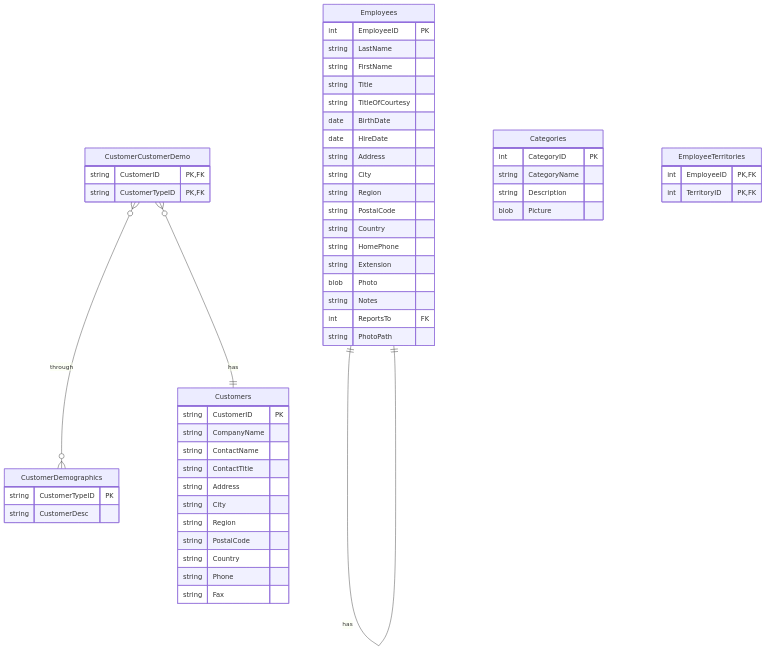
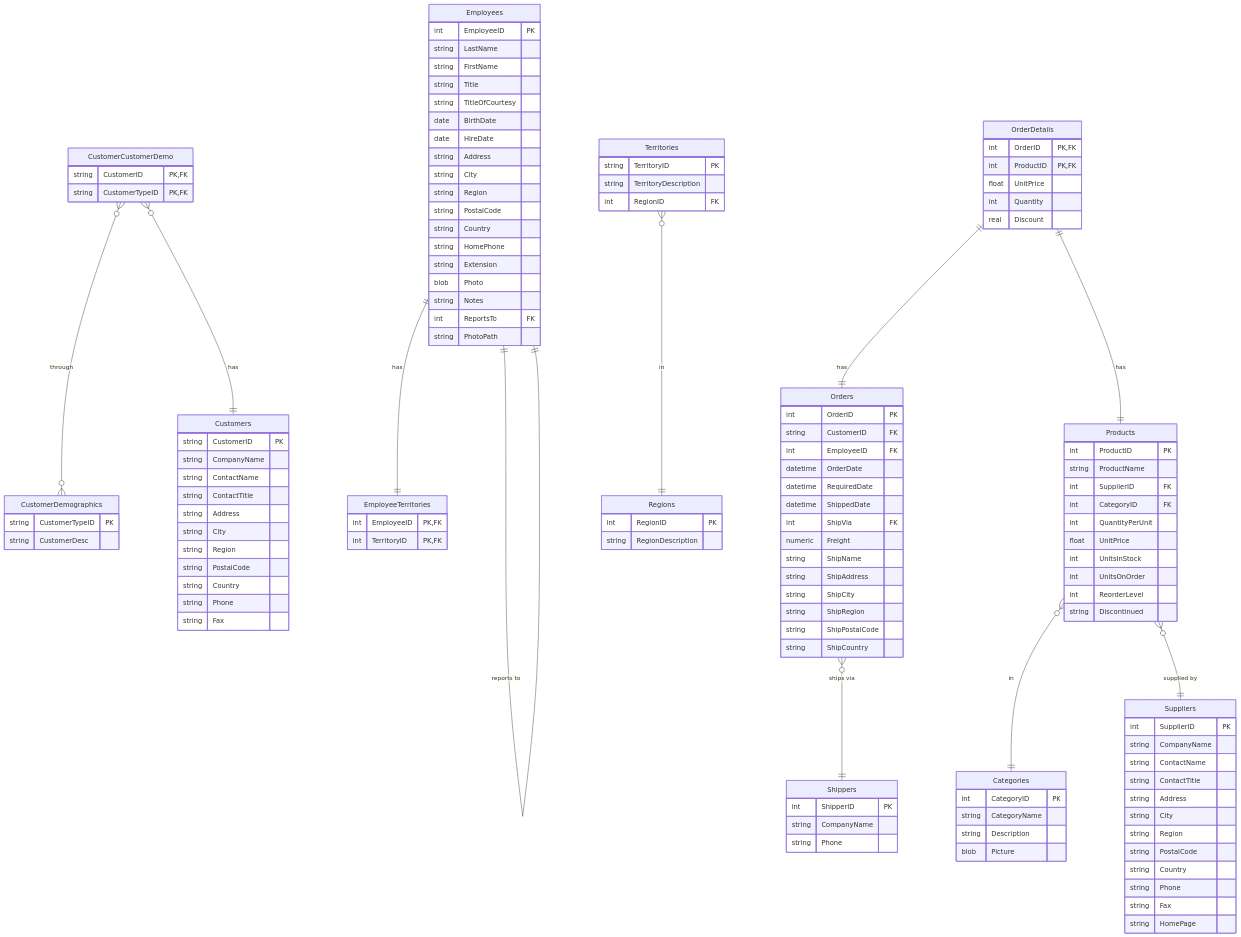
The diagram in README.md (jpwhite3/northwind-SQLite3), drawn with Mermaid before and after one commit.

Commit message:
Converting diagram to mermaid

````diff
--- a/README.md
+++ b/README.md
@@ -16,7 +16,15 @@
 erDiagram
     CustomerCustomerDemo }o--o{ CustomerDemographics : through
     CustomerCustomerDemo }o--|| Customers : has
-    Employees ||--|| Employees : has
+    Employees ||--|| Employees : "reports to"
+    Employees ||--|| EmployeeTerritories : has
+    Orders }o--|| Shippers : "ships via"
+    OrderDetails ||--|| Orders : has
+    OrderDetails ||--|| Products : has
+    Products }o--|| Categories : in
+    Products }o--|| Suppliers : "supplied by"
+    Territories }o--|| Regions : in
+
 
     Categories {
         int CategoryID PK
@@ -69,6 +77,68 @@
         int EmployeeID PK, FK
         int TerritoryID PK, FK
     }
-
+    OrderDetails {
+        int OrderID PK, FK
+        int ProductID PK, FK
+        float UnitPrice
+        int Quantity
+        real Discount
+    }
+    Orders {
+        int OrderID PK
+        string CustomerID FK
+        int EmployeeID FK
+        datetime OrderDate
+        datetime RequiredDate
+        datetime ShippedDate
+        int ShipVia FK
+        numeric Freight
+        string ShipName
+        string ShipAddress
+        string ShipCity
+        string ShipRegion
+        string ShipPostalCode
+        string ShipCountry
+    }
+    Products {
+        int ProductID PK
+        string ProductName
+        int SupplierID FK
+        int CategoryID FK
+        int QuantityPerUnit
+        float UnitPrice
+        int UnitsInStock
+        int UnitsOnOrder
+        int ReorderLevel
+        string Discontinued
+    }
+    Regions {
+        int RegionID PK
+        string RegionDescription
+    }
+    Shippers {
+        int ShipperID PK
+        string CompanyName
+        string Phone
+    }
+    Suppliers {
+        int SupplierID PK
+        string CompanyName
+        string ContactName
+        string ContactTitle
+        string Address
+        string City
+        string Region
+        string PostalCode
+        string Country
+        string Phone
+        string Fax
+        string HomePage
+    }
+    Territories {
+        string TerritoryID PK
+        string TerritoryDescription
+        int RegionID FK
+    }
 
 ```
````
